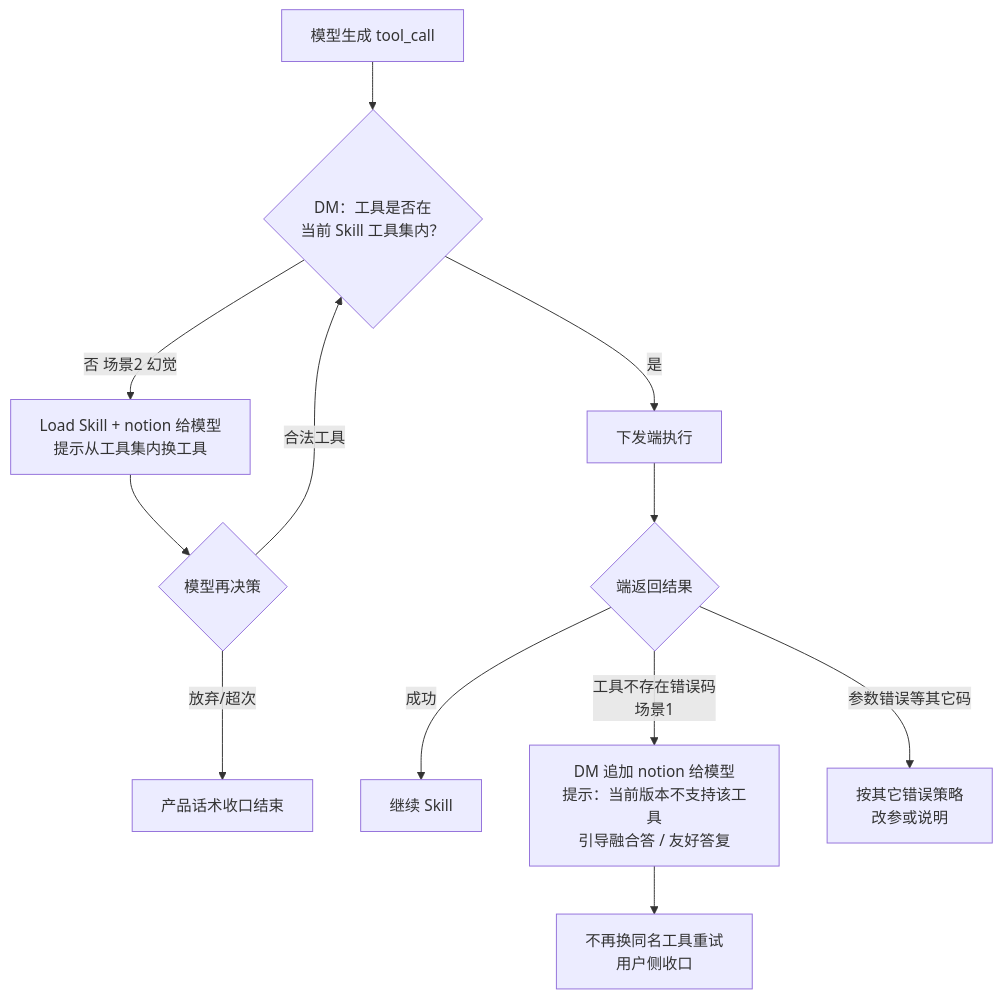
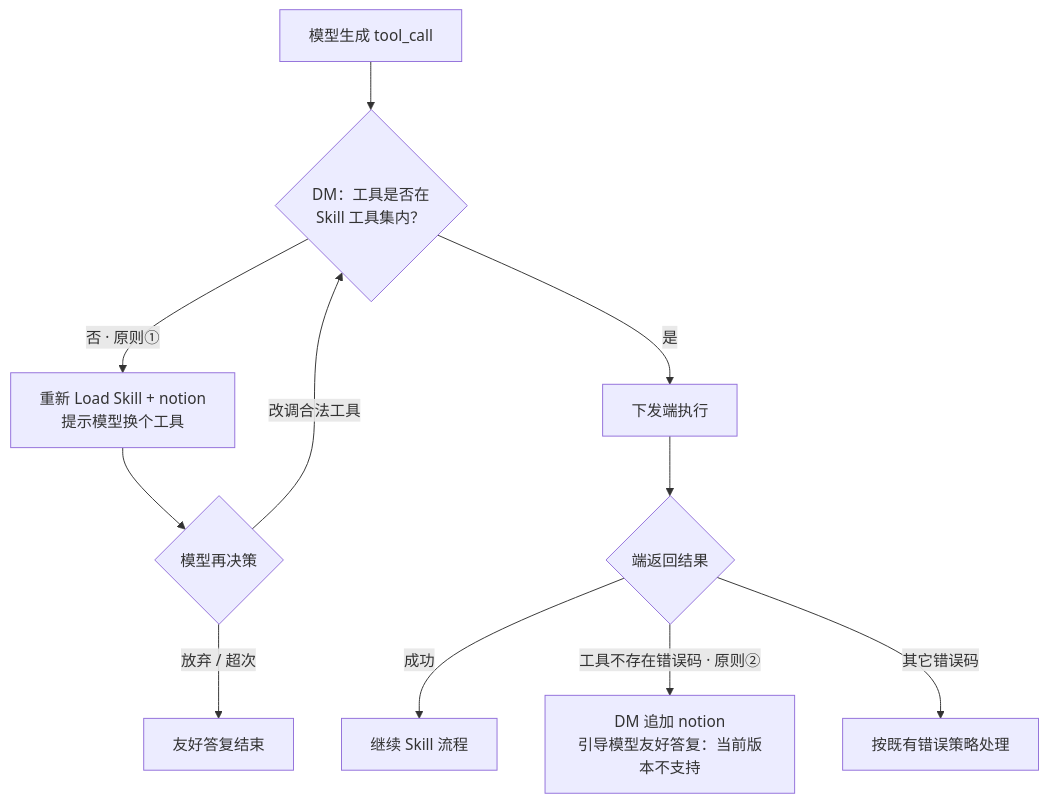
Before and after one commit to Lizzy67/leetcode: the diagram in docs/skill-tool-not-found-handling.md, drawn with Mermaid. The commit also changed other lines of this file and 3 other files, not shown here.

````diff
--- a/docs/skill-tool-not-found-handling.md
+++ b/docs/skill-tool-not-found-handling.md
@@ -64,14 +35,13 @@
 ```mermaid
 flowchart TD
-  A[模型生成 tool_call] --> B{DM：工具是否在<br/>当前 Skill 工具集内？}
-  B -->|否 场景2 幻觉| C[Load Skill + notion 给模型<br/>提示从工具集内换工具]
+  A[模型生成 tool_call] --> B{DM：工具是否在<br/>Skill 工具集内？}
+  B -->|否 · 原则①| C[重新 Load Skill + notion<br/>提示模型换个工具]
   C --> D{模型再决策}
-  D -->|合法工具| B
-  D -->|放弃/超次| E[产品话术收口结束]
+  D -->|改调合法工具| B
+  D -->|放弃 / 超次| E[友好答复结束]
   B -->|是| F[下发端执行]
   F --> G{端返回结果}
-  G -->|成功| H[继续 Skill]
-  G -->|工具不存在错误码<br/>场景1| I[DM 追加 notion 给模型<br/>提示：当前版本不支持该工具<br/>引导融合答 / 友好答复]
-  I --> J[不再换同名工具重试<br/>用户侧收口]
-  G -->|参数错误等其它码| K[按其它错误策略<br/>改参或说明]
+  G -->|成功| H[继续 Skill 流程]
+  G -->|工具不存在错误码 · 原则②| I[DM 追加 notion<br/>引导模型友好答复：当前版本不支持]
+  G -->|其它错误码| K[按既有错误策略处理]
 ```
````
